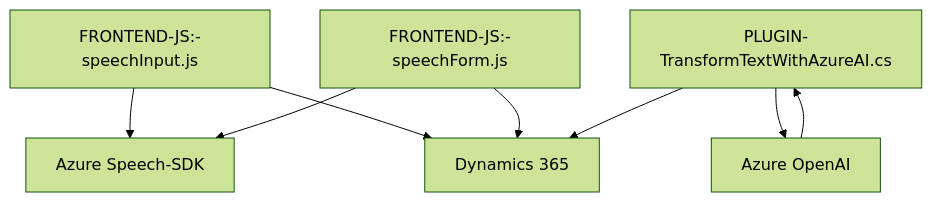
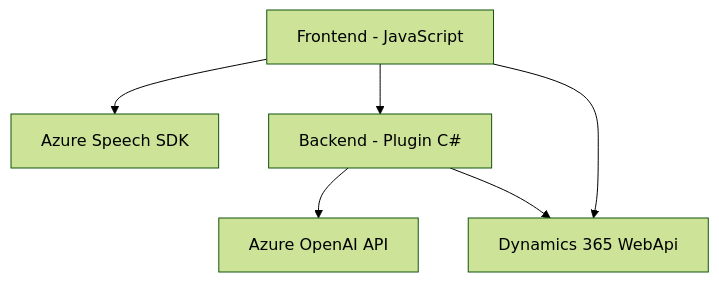
Before and after one commit to blopezdm/NETCORE_BILBAO2025: the diagram in README.md, drawn with Mermaid (forest theme). The commit also changed other lines of this file, not shown here.

````diff
--- a/README.md
+++ b/README.md
@@ -38,17 +63,14 @@
 ```mermaid
 graph TD
-    A["FRONTEND-JS:-speechInput.js"]
-    B["FRONTEND-JS:-speechForm.js"]
-    C["PLUGIN-TransformTextWithAzureAI.cs"]
-    D["Dynamics 365"]
-    E["Azure Speech-SDK"]
-    F["Azure OpenAI"]
+    A["Frontend - JavaScript"]
+    B["Backend - Plugin C#"]
+    C["Azure Speech SDK"]
+    D["Azure OpenAI API"]
+    E["Dynamics 365 WebApi"]
 
+    A --> C
+    A --> B
     A --> E
-    A --> D
+    B --> D
     B --> E
-    B --> D
-    C --> F
-    C --> D
-    F --> C
 ```
````
